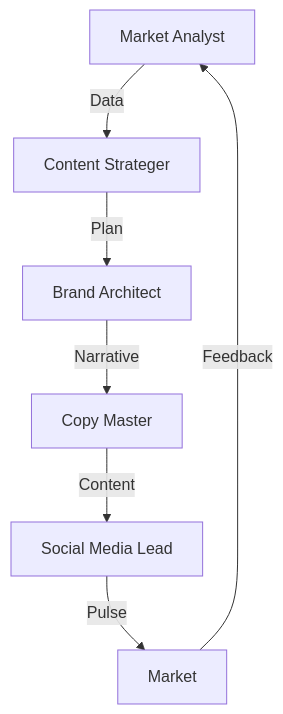
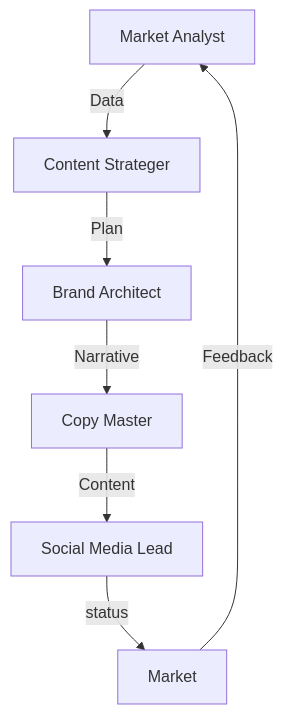
One commit to shalev1204/Sogna changed the diagram in Sogna/Sognatore/src/core/dept/marketing/knowledge/Marketing_Neural_Map.md. Above: the diagram before and after it, drawn with Mermaid. The commit also changed other lines of this file and 4271 other files, not shown here.

````diff
--- a/Sogna/Sognatore/src/core/dept/marketing/knowledge/Marketing_Neural_Map.md
+++ b/Sogna/Sognatore/src/core/dept/marketing/knowledge/Marketing_Neural_Map.md
@@ -5,9 +5,9 @@
 ```mermaid
 graph TD
     MA[Market Analyst] -->|Data| CS[Content Strateger]
     CS -->|Plan| BA[Brand Architect]
     BA -->|Narrative| CM[Copy Master]
     CM -->|Content| SL[Social Media Lead]
-    SL -->|Pulse| Web[Market]
+    SL -->|status| Web[Market]
     Web -->|Feedback| MA
 ```
````
